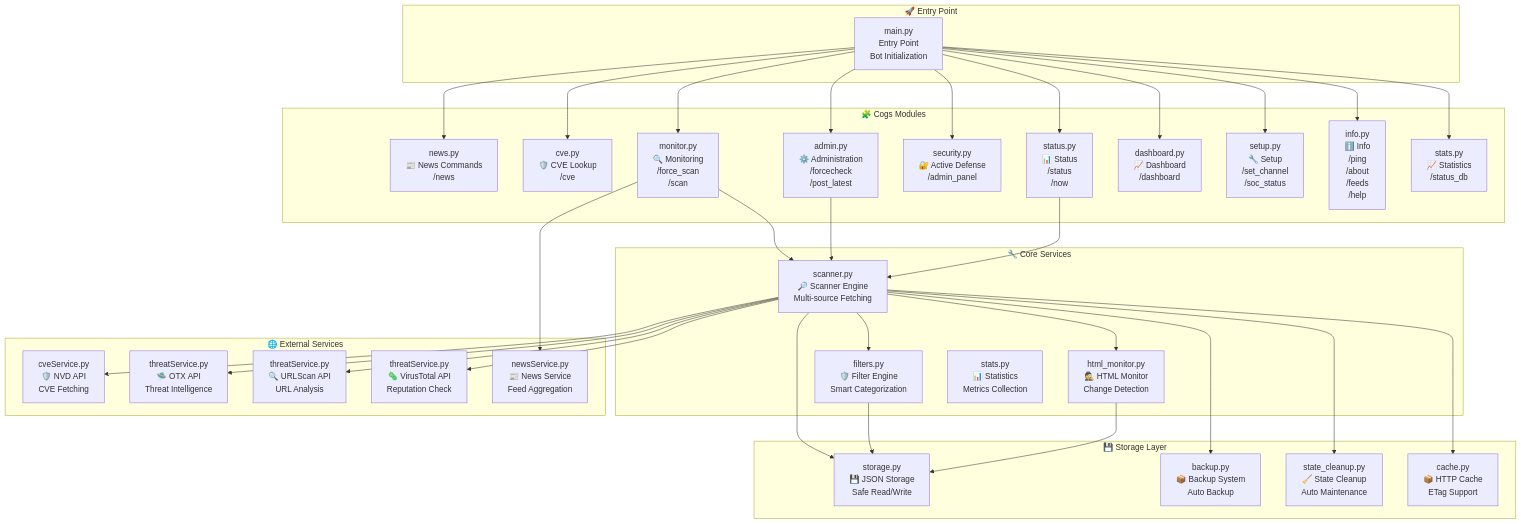
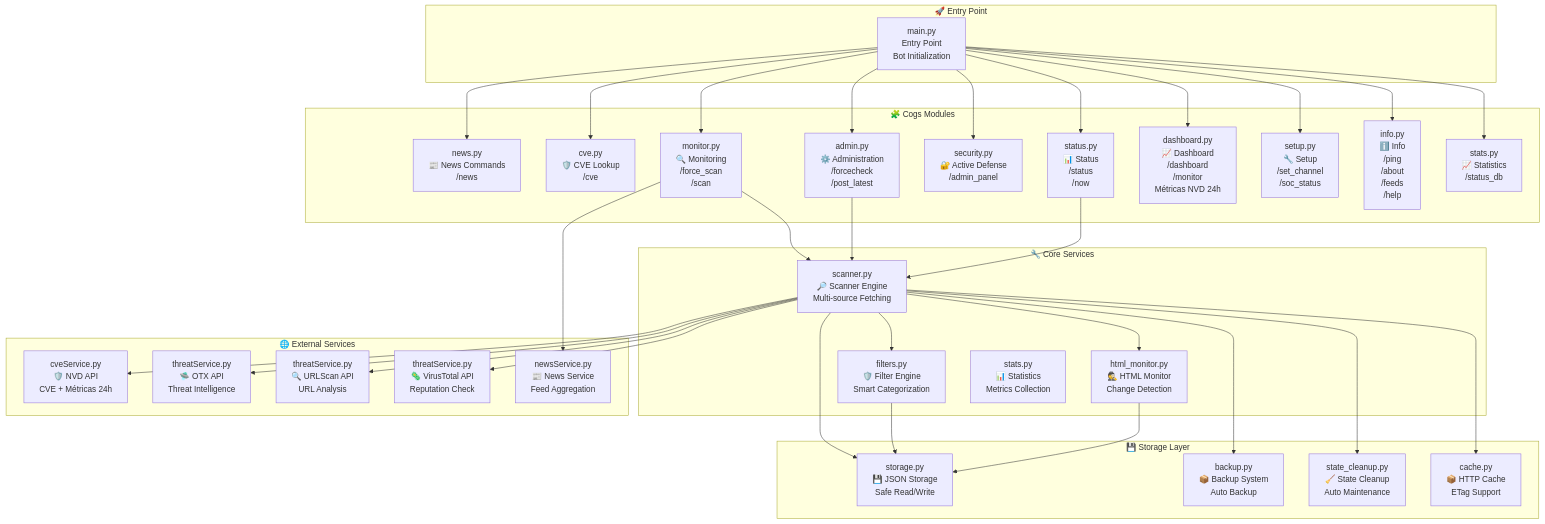
One commit to carmipa/projeto-cyberseguranca-bot-python changed the third of 9 diagrams in doc/ARCHITECTURE.md. Above: the diagram before and after it, drawn with Mermaid. The commit also changed 14 other files, not shown here.

````diff
--- a/doc/ARCHITECTURE.md
+++ b/doc/ARCHITECTURE.md
@@ -142,72 +142,72 @@
 ```mermaid
 graph TB
     subgraph "🚀 Entry Point"
         Main[main.py<br/>Entry Point<br/>Bot Initialization]
     end
     
     subgraph "🧩 Cogs Modules"
         News[news.py<br/>📰 News Commands<br/>/news]
         CVE[cve.py<br/>🛡️ CVE Lookup<br/>/cve]
         Monitor[monitor.py<br/>🔍 Monitoring<br/>/force_scan<br/>/scan]
         Admin[admin.py<br/>⚙️ Administration<br/>/forcecheck<br/>/post_latest]
         Security[security.py<br/>🔐 Active Defense<br/>/admin_panel]
         Status[status.py<br/>📊 Status<br/>/status<br/>/now]
-        Dashboard[dashboard.py<br/>📈 Dashboard<br/>/dashboard]
+        Dashboard[dashboard.py<br/>📈 Dashboard<br/>/dashboard<br/>/monitor<br/>Métricas NVD 24h]
         Setup[setup.py<br/>🔧 Setup<br/>/set_channel<br/>/soc_status]
         Info[info.py<br/>ℹ️ Info<br/>/ping<br/>/about<br/>/feeds<br/>/help]
         Stats[stats.py<br/>📈 Statistics<br/>/status_db]
     end
     
     subgraph "🔧 Core Services"
         Scanner[scanner.py<br/>🔎 Scanner Engine<br/>Multi-source Fetching]
         Filters[filters.py<br/>🛡️ Filter Engine<br/>Smart Categorization]
         HTML[html_monitor.py<br/>🕵️ HTML Monitor<br/>Change Detection]
         StatsCore[stats.py<br/>📊 Statistics<br/>Metrics Collection]
     end
     
     subgraph "🌐 External Services"
-        NVD[cveService.py<br/>🛡️ NVD API<br/>CVE Fetching]
+        NVD[cveService.py<br/>🛡️ NVD API<br/>CVE + Métricas 24h]
         OTX[threatService.py<br/>🛸 OTX API<br/>Threat Intelligence]
         URLScan[threatService.py<br/>🔍 URLScan API<br/>URL Analysis]
         VT[threatService.py<br/>🦠 VirusTotal API<br/>Reputation Check]
         NewsSvc[newsService.py<br/>📰 News Service<br/>Feed Aggregation]
     end
     
     subgraph "💾 Storage Layer"
         Storage[storage.py<br/>💾 JSON Storage<br/>Safe Read/Write]
         Backup[backup.py<br/>📦 Backup System<br/>Auto Backup]
         Cleanup[state_cleanup.py<br/>🧹 State Cleanup<br/>Auto Maintenance]
         Cache[cache.py<br/>📦 HTTP Cache<br/>ETag Support]
     end
     
     Main --> News
     Main --> CVE
     Main --> Monitor
     Main --> Admin
     Main --> Security
     Main --> Status
     Main --> Dashboard
     Main --> Setup
     Main --> Info
     Main --> Stats
     
     Monitor --> Scanner
     Admin --> Scanner
     Status --> Scanner
     
     Scanner --> Filters
     Scanner --> HTML
     Scanner --> NVD
     Scanner --> OTX
     Scanner --> URLScan
     Scanner --> VT
     Monitor --> NewsSvc
     
     Scanner --> Storage
     Scanner --> Backup
     Scanner --> Cleanup
     Scanner --> Cache
     
     Filters --> Storage
     HTML --> Storage
 ```
````
